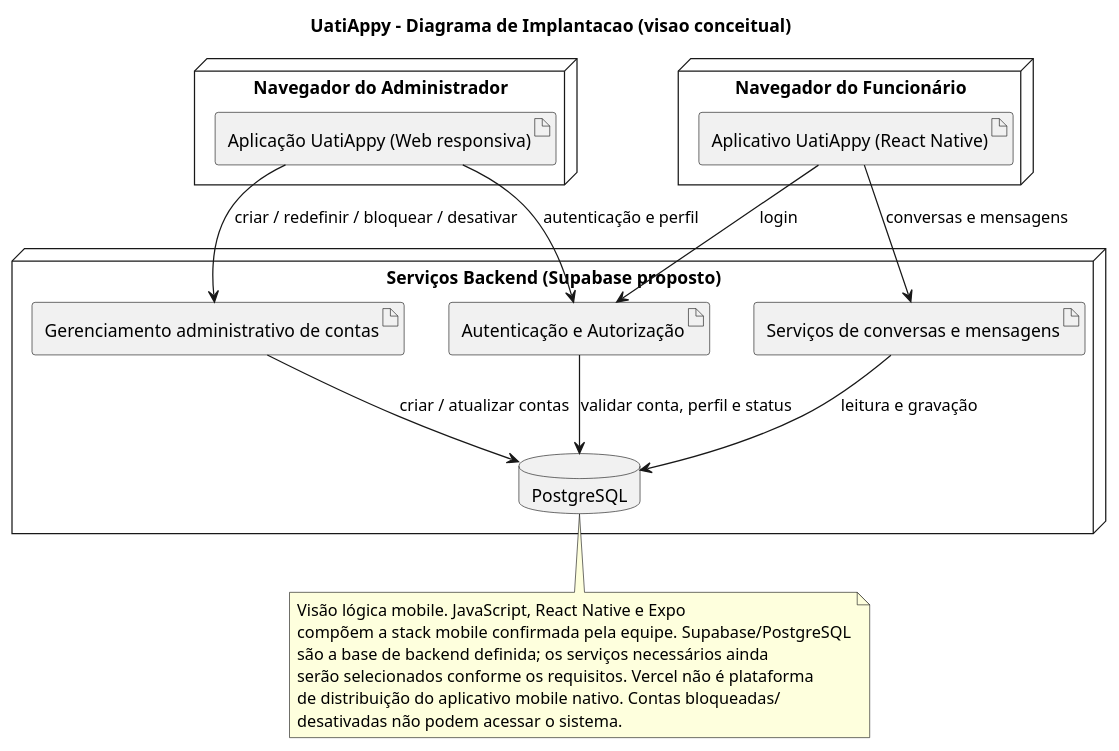
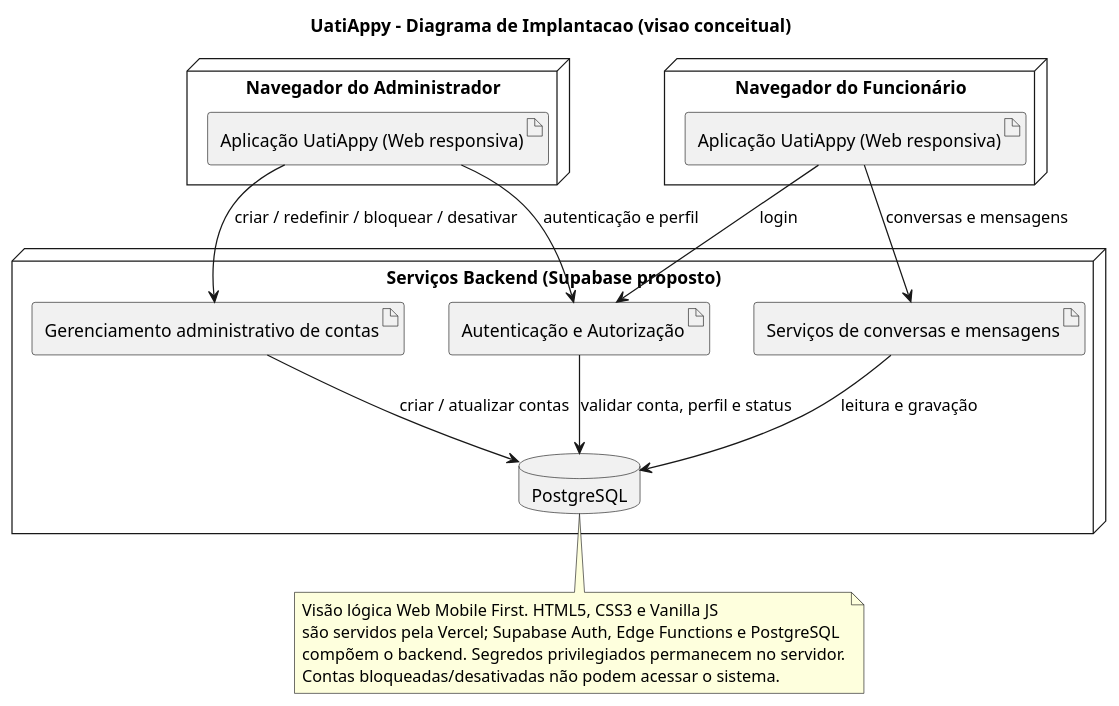
Before and after one commit to daviwanziler/uatiappy-vdois: the fifth of 10 diagrams in Docs/requisitos/escopo-mvp.md, drawn with PlantUML. The commit also changed other lines of this file, not shown here.

Commit message:
docs(requirements): align scope with Web Mobile First architecture

````diff
--- a/Docs/requisitos/escopo-mvp.md
+++ b/Docs/requisitos/escopo-mvp.md
@@ -396,35 +396,33 @@
 ```plantuml
 @startuml
 title UatiAppy - Diagrama de Implantacao (visao conceitual)
 
 node "Navegador do Administrador" as ADMINDEVICE {
   artifact "Aplicação UatiAppy (Web responsiva)" as ADMINAPP
 }
 node "Navegador do Funcionário" as USERDEVICE {
-  artifact "Aplicativo UatiAppy (React Native)" as USERAPP
+  artifact "Aplicação UatiAppy (Web responsiva)" as USERAPP
 }
 node "Serviços Backend (Supabase proposto)" as BACKEND {
   artifact "Autenticação e Autorização" as AUTH
   artifact "Gerenciamento administrativo de contas" as ACCOUNT
   artifact "Serviços de conversas e mensagens" as CHAT
   database "PostgreSQL" as DB
 }
 
 ADMINAPP --> AUTH : autenticação e perfil
 USERAPP --> AUTH : login
 ADMINAPP --> ACCOUNT : criar / redefinir / bloquear / desativar
 USERAPP --> CHAT : conversas e mensagens
 AUTH --> DB : validar conta, perfil e status
 ACCOUNT --> DB : criar / atualizar contas
 CHAT --> DB : leitura e gravação
 
 note bottom
-  Visão lógica mobile. JavaScript, React Native e Expo
-  compõem a stack mobile confirmada pela equipe. Supabase/PostgreSQL
-  são a base de backend definida; os serviços necessários ainda
-  serão selecionados conforme os requisitos. Vercel não é plataforma
-  de distribuição do aplicativo mobile nativo. Contas bloqueadas/
-  desativadas não podem acessar o sistema.
+  Visão lógica Web Mobile First. HTML5, CSS3 e Vanilla JS
+  são servidos pela Vercel; Supabase Auth, Edge Functions e PostgreSQL
+  compõem o backend. Segredos privilegiados permanecem no servidor.
+  Contas bloqueadas/desativadas não podem acessar o sistema.
 end note
 @enduml
 ```
````
